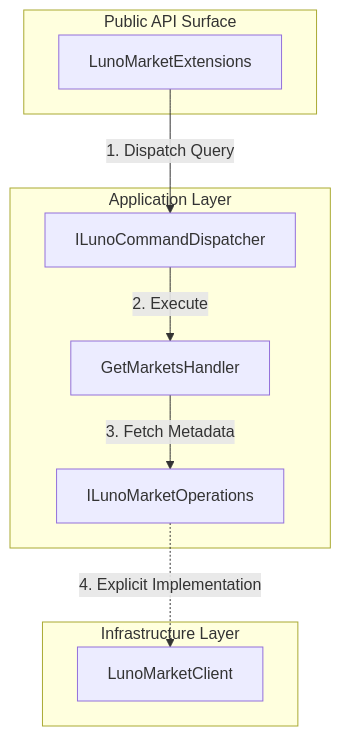
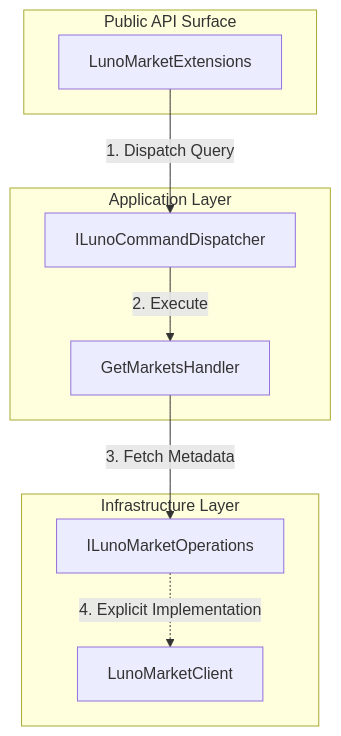
The diagram in docs/rfcs/drafts/RFC006ext04_MarketDiscovery.md (hsm207/Luno.SDK), drawn with Mermaid before and after one commit. The commit also changed other lines of this file, not shown here.

Commit message:
feat: enhance RFC 006 to include FetchMarketsAsync and improve metadata handling with strict validation

````diff
--- a/docs/rfcs/drafts/RFC006ext04_MarketDiscovery.md
+++ b/docs/rfcs/drafts/RFC006ext04_MarketDiscovery.md
@@ -35,25 +36,25 @@
 ```mermaid
 graph TD
     %% @boundary: Public-API | Isolation: Fluent Extensions
     subgraph PublicAPI [Public API Surface]
         Extensions[LunoMarketExtensions]
     end
 
     %% @boundary: Application-Layer | Isolation: Query Pipeline
     subgraph Application [Application Layer]
         Dispatcher[ILunoCommandDispatcher]
         Handler[GetMarketsHandler]
-        %% @contract: ILunoMarketOperations | Responsibility: Raw Metadata Fetching
-        OpsInterface[ILunoMarketOperations]
     end
 
     %% @boundary: Infrastructure-Layer | Isolation: Encapsulated Operations
     subgraph Infrastructure [Infrastructure Layer]
+        %% @contract: ILunoMarketOperations | Responsibility: Raw Metadata Fetching
+        OpsInterface[ILunoMarketOperations]
         ConcreteClient[LunoMarketClient]
     end
 
     Extensions -- "1. Dispatch Query" --> Dispatcher
     Dispatcher -- "2. Execute" --> Handler
     Handler -- "3. Fetch Metadata" --> OpsInterface
     OpsInterface -. "4. Explicit Implementation" .-> ConcreteClient
 ```
````
